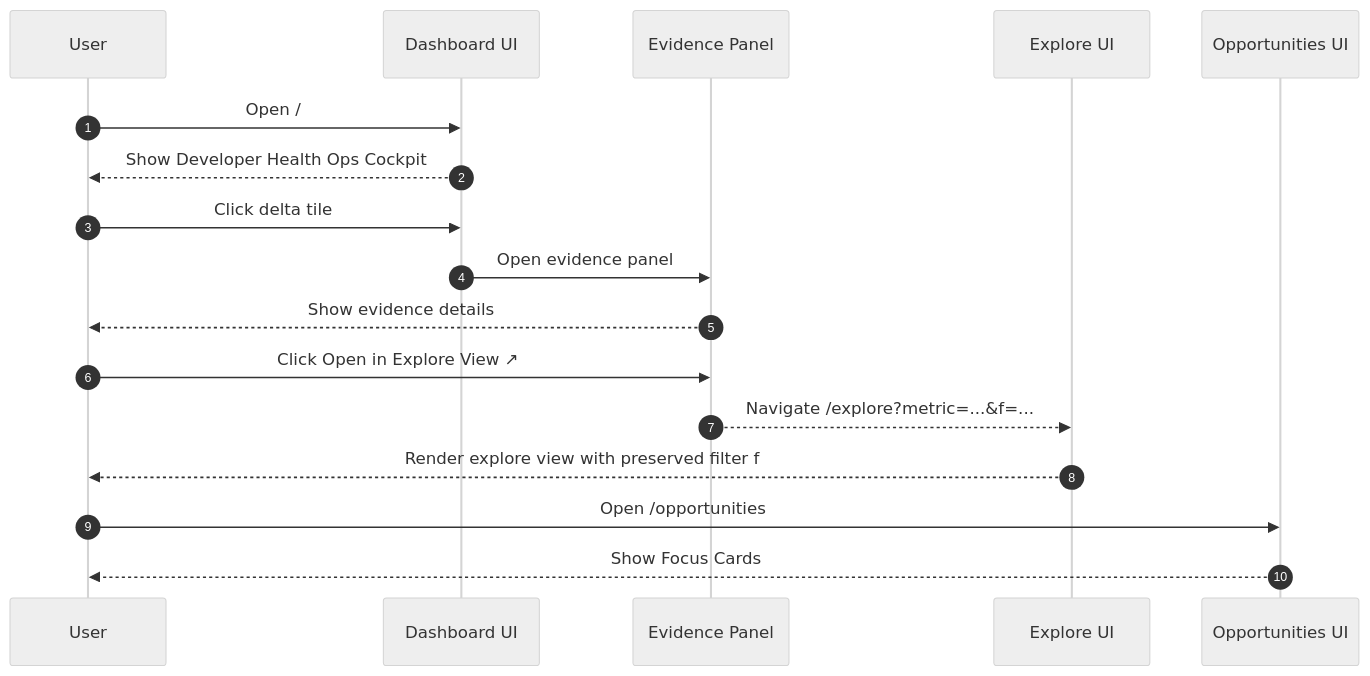
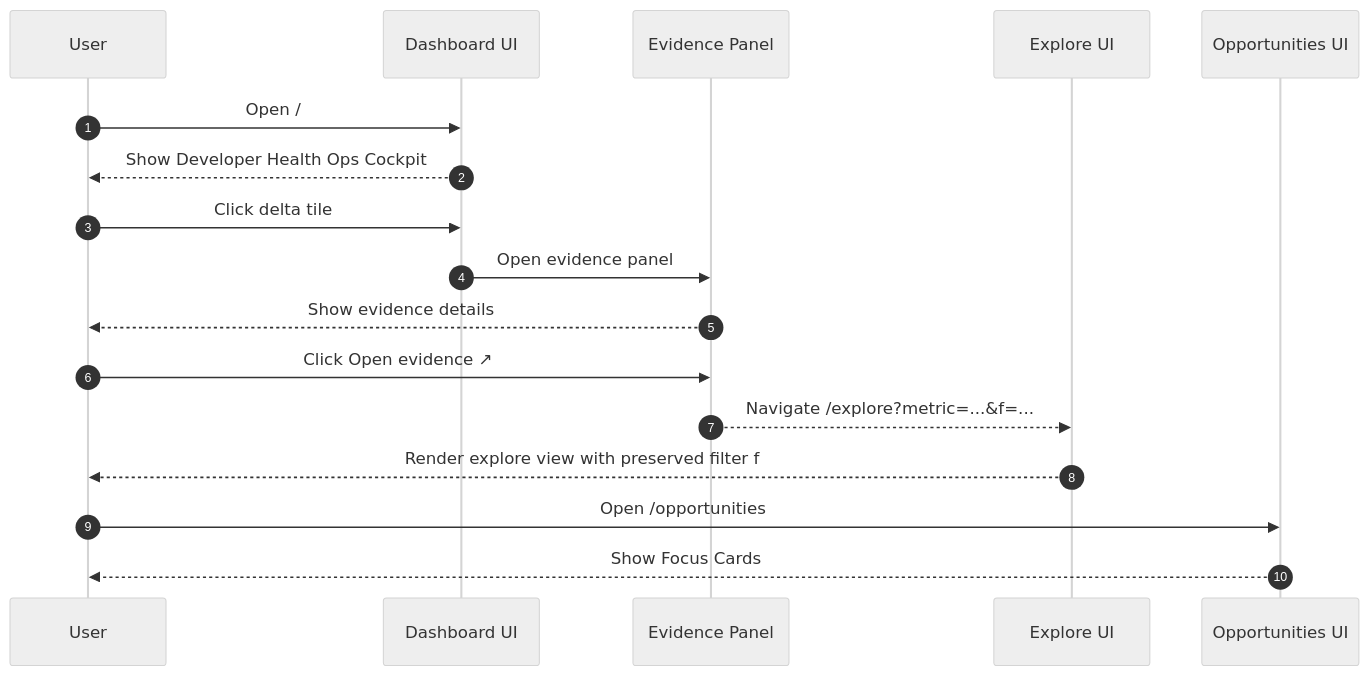
The first of 7 diagrams in docs/testing/e2e-specs/account-user.md (full-chaos/dev-health-web), drawn with Mermaid (neutral theme) before and after one commit. The commit also changed other lines of this file, not shown here.

Commit message:
docs(e2e): update evidence CTA journey

````diff
--- a/docs/testing/e2e-specs/account-user.md
+++ b/docs/testing/e2e-specs/account-user.md
@@ -28,19 +28,19 @@
 ```mermaid
 sequenceDiagram
     autonumber
     participant U as User
     participant D as Dashboard UI
     participant EP as Evidence Panel
     participant EX as Explore UI
     participant OP as Opportunities UI
     U->>D: Open /
     D-->>U: Show Developer Health Ops Cockpit
     U->>D: Click delta tile
     D->>EP: Open evidence panel
     EP-->>U: Show evidence details
-    U->>EP: Click Open in Explore View ↗
+    U->>EP: Click Open evidence ↗
     EP-->>EX: Navigate /explore?metric=...&f=...
     EX-->>U: Render explore view with preserved filter f
     U->>OP: Open /opportunities
     OP-->>U: Show Focus Cards
 ```
````
